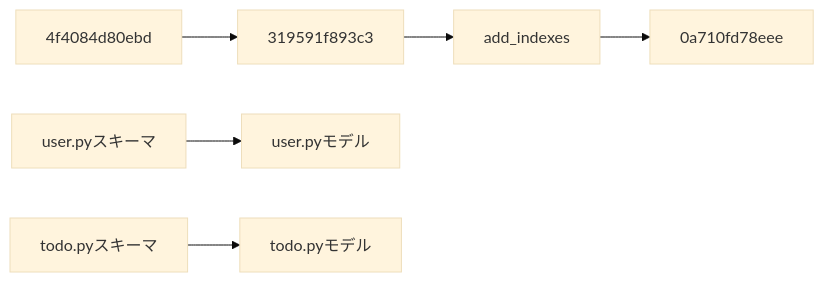
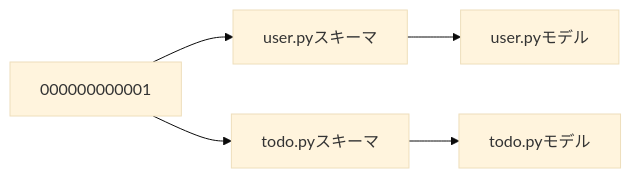
Before and after one commit to ss8806/Todos: the sixth of 6 diagrams in .qoder/repowiki/ja/content/データベース設計/データベーススキーマ.md, drawn with Mermaid (base theme). The commit also changed other lines of this file and 38 other files, not shown here.

````diff
--- a/.qoder/repowiki/ja/content/データベース設計/データベーススキーマ.md
+++ b/.qoder/repowiki/ja/content/データベース設計/データベーススキーマ.md
@@ -280,8 +319,7 @@
 ```mermaid
 graph LR
-M_4f4084d80ebd["4f4084d80ebd"] --> M_319591f893c3["319591f893c3"]
-M_319591f893c3 --> M_add_indexes["add_indexes"]
-M_add_indexes --> M_0a710fd78eee["0a710fd78eee"]
-USchema["user.pyスキーマ"] --> UModel["user.pyモデル"]
-TSchema["todo.pyスキーマ"] --> TModel["todo.pyモデル"]
+M_000000000001["000000000001"] --> USchema["user.pyスキーマ"]
+M_000000000001 --> TSchema["todo.pyスキーマ"]
+USchema --> UModel["user.pyモデル"]
+TSchema --> TModel["todo.pyモデル"]
 ```
````
